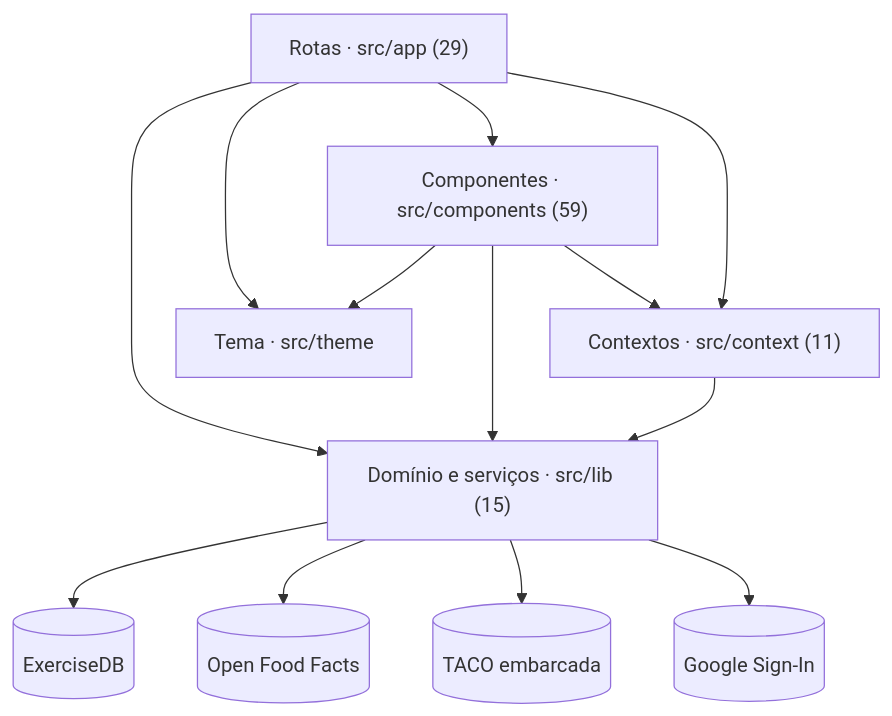
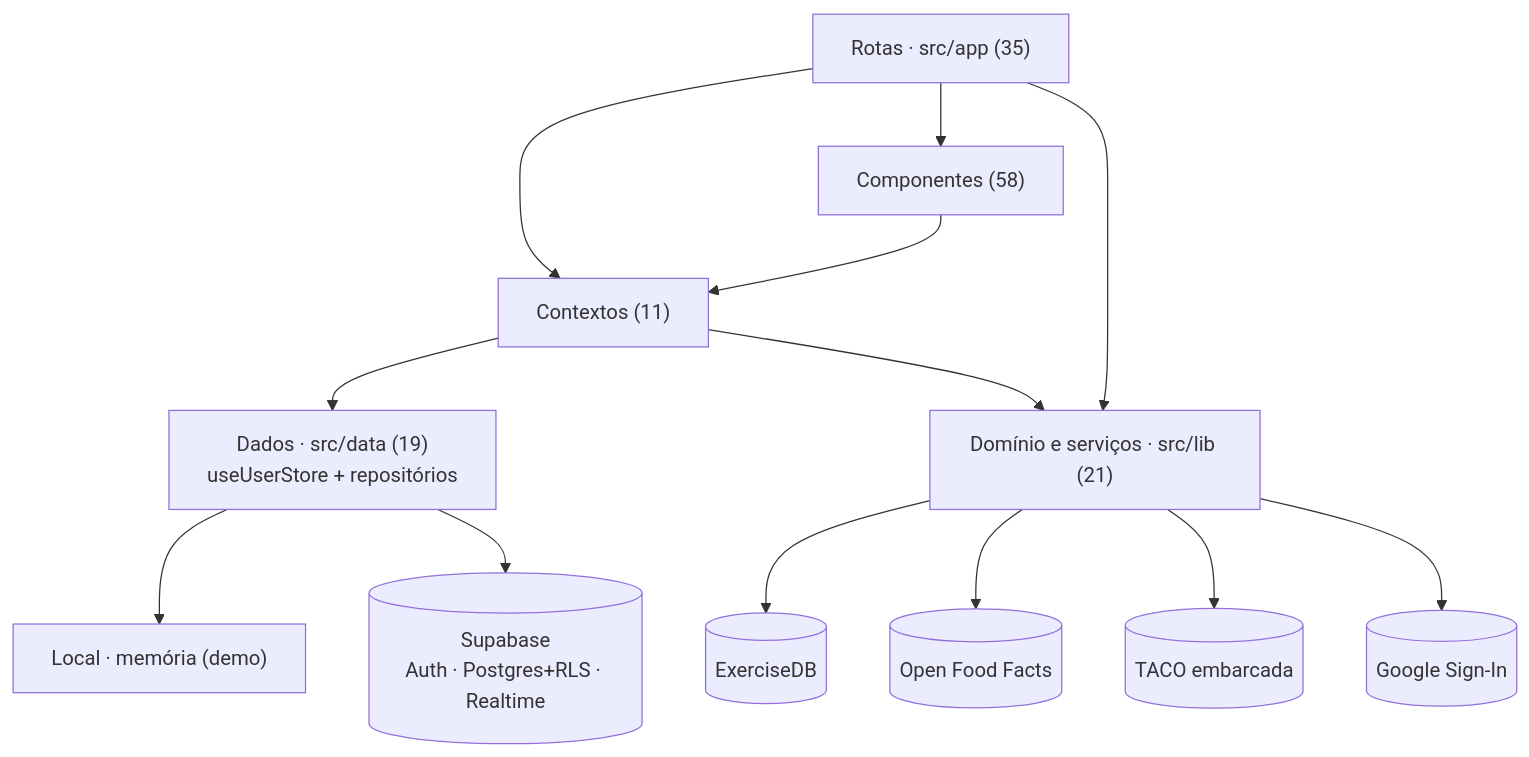
The first of 4 diagrams in audit/architecture.md (willians-e-silva/treina), drawn with Mermaid before and after one commit. The commit also changed other lines of this file and 22 other files, not shown here.

````diff
--- a/audit/architecture.md
+++ b/audit/architecture.md
@@ -16,15 +17,15 @@
 ```mermaid
 flowchart TB
-  R["Rotas · src/app (29)"] --> C["Componentes · src/components (59)"]
-  R --> X["Contextos · src/context (11)"]
+  R["Rotas · src/app (35)"] --> C["Componentes (58)"]
+  R --> X["Contextos (11)"]
   C --> X
-  C --> T["Tema · src/theme"]
-  R --> T
-  X --> L["Domínio e serviços · src/lib (15)"]
-  C --> L
-  R --> L
-  L --> E1[("ExerciseDB")]
-  L --> E2[("Open Food Facts")]
-  L --> E3[("TACO embarcada")]
-  L --> E4[("Google Sign-In")]
+  X --> D["Dados · src/data (19)<br/>useUserStore + repositórios"]
+  X --> LB["Domínio e serviços · src/lib (21)"]
+  R --> LB
+  D --> LOC["Local · memória (demo)"]
+  D --> SB[("Supabase<br/>Auth · Postgres+RLS · Realtime")]
+  LB --> E1[("ExerciseDB")]
+  LB --> E2[("Open Food Facts")]
+  LB --> E3[("TACO embarcada")]
+  LB --> E4[("Google Sign-In")]
 ```
````
